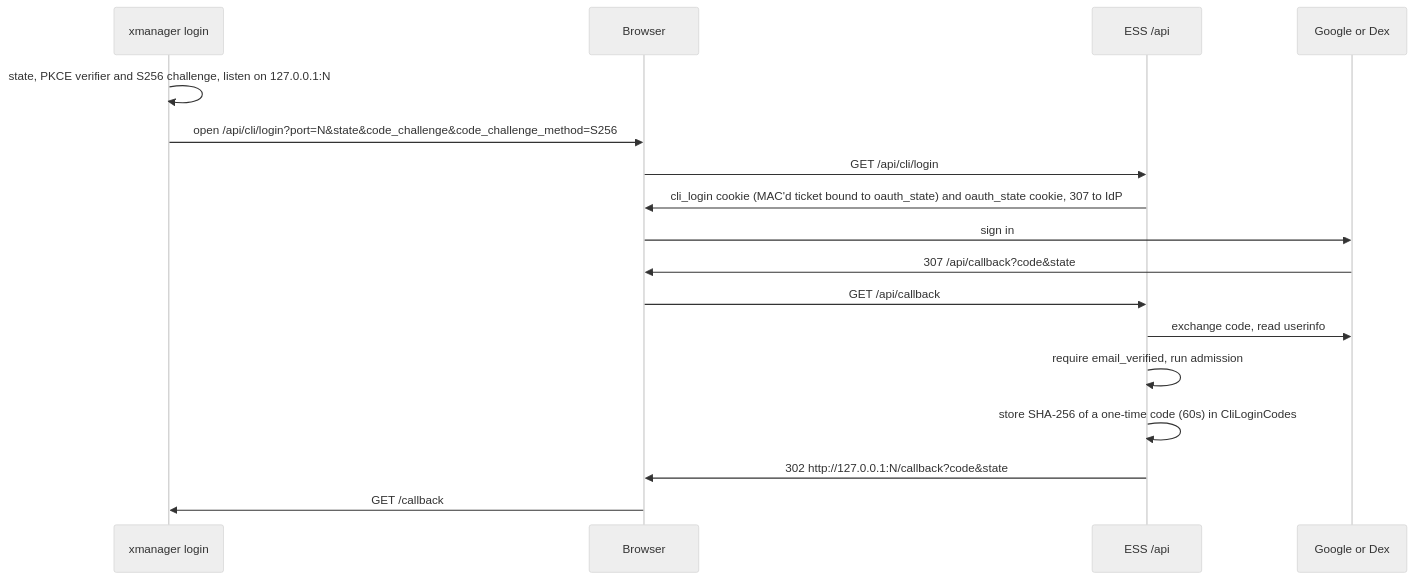
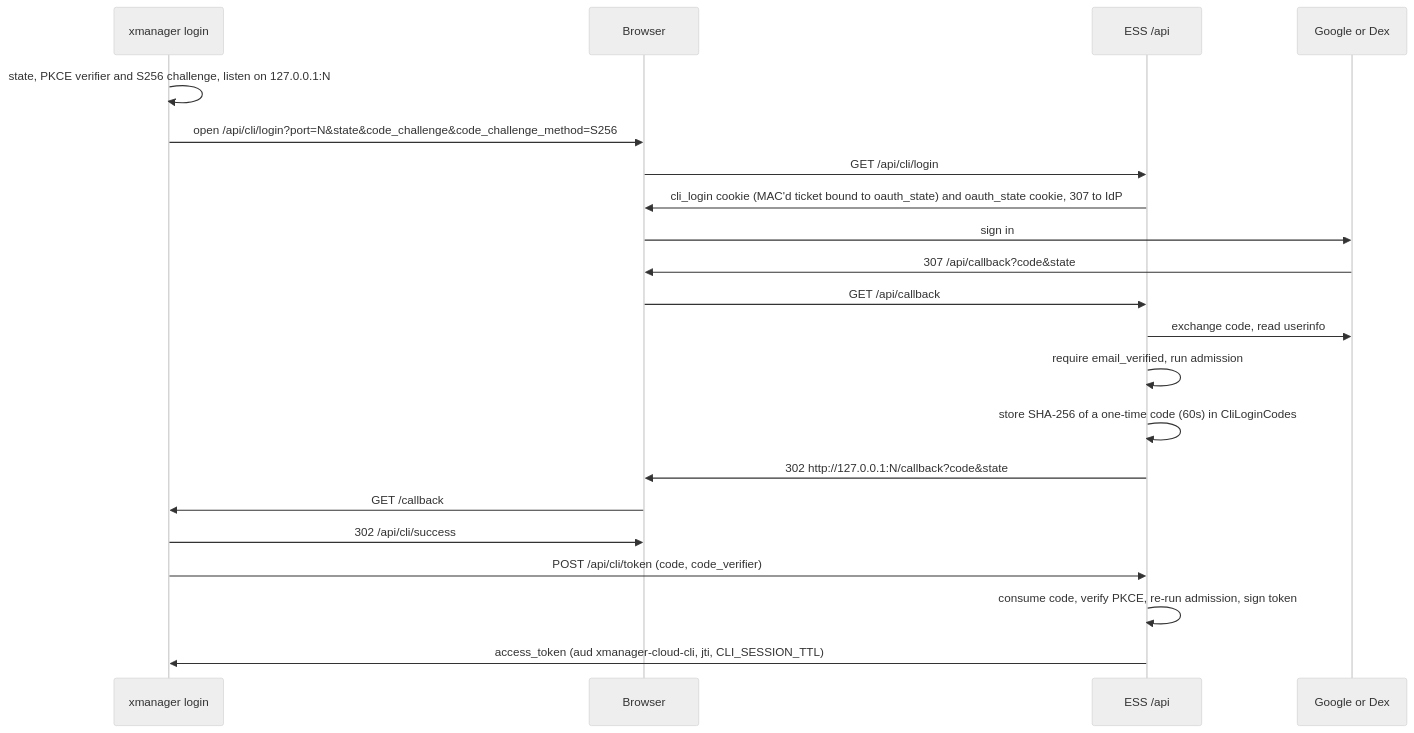
One commit to google/xmc changed the second of 2 diagrams in docs/design/gateway.md. Above: the diagram before and after it, drawn with Mermaid (neutral theme). The commit also changed other lines of this file and 26 other files, not shown here.

````diff
--- a/docs/design/gateway.md
+++ b/docs/design/gateway.md
@@ -145,19 +145,23 @@
 ```mermaid
 sequenceDiagram
     participant CLI as xmanager login
     participant B as Browser
     participant ESS as ESS /api
     participant IdP as Google or Dex
     CLI->>CLI: state, PKCE verifier and S256 challenge, listen on 127.0.0.1:N
     CLI->>B: open /api/cli/login?port=N&state&code_challenge&code_challenge_method=S256
     B->>ESS: GET /api/cli/login
     ESS->>B: cli_login cookie (MAC'd ticket bound to oauth_state) and oauth_state cookie, 307 to IdP
     B->>IdP: sign in
     IdP->>B: 307 /api/callback?code&state
     B->>ESS: GET /api/callback
     ESS->>IdP: exchange code, read userinfo
     ESS->>ESS: require email_verified, run admission
     ESS->>ESS: store SHA-256 of a one-time code (60s) in CliLoginCodes
     ESS->>B: 302 http://127.0.0.1:N/callback?code&state
     B->>CLI: GET /callback
+    CLI->>B: 302 /api/cli/success
+    CLI->>ESS: POST /api/cli/token (code, code_verifier)
+    ESS->>ESS: consume code, verify PKCE, re-run admission, sign token
+    ESS->>CLI: access_token (aud xmanager-cloud-cli, jti, CLI_SESSION_TTL)
 ```
````
